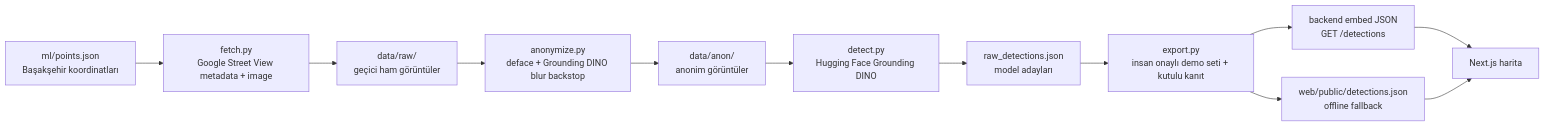
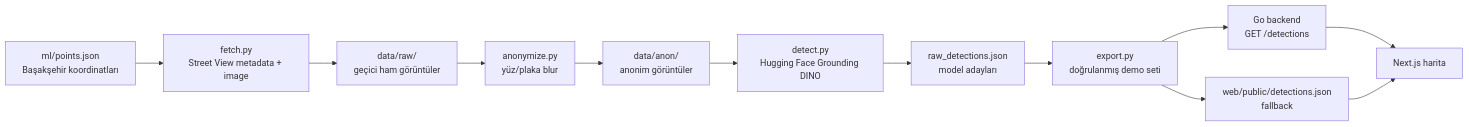
The diagram in README.md (BurhanCalik/CityLens), drawn with Mermaid before and after one commit. The commit also changed other lines of this file, not shown here.

````diff
--- a/README.md
+++ b/README.md
@@ -38,14 +55,14 @@
 ```mermaid
 flowchart LR
-  A["ml/points.json<br/>Başakşehir koordinatları"] --> B["fetch.py<br/>Google Street View metadata + image"]
+  A["ml/points.json<br/>Başakşehir koordinatları"] --> B["fetch.py<br/>Street View metadata + image"]
   B --> C["data/raw/<br/>geçici ham görüntüler"]
-  C --> D["anonymize.py<br/>deface + Grounding DINO blur backstop"]
+  C --> D["anonymize.py<br/>yüz/plaka blur"]
   D --> E["data/anon/<br/>anonim görüntüler"]
   E --> F["detect.py<br/>Hugging Face Grounding DINO"]
   F --> G["raw_detections.json<br/>model adayları"]
-  G --> H["export.py<br/>insan onaylı demo seti + kutulu kanıt"]
-  H --> I["backend embed JSON<br/>GET /detections"]
-  H --> J["web/public/detections.json<br/>offline fallback"]
+  G --> H["export.py<br/>doğrulanmış demo seti"]
+  H --> I["Go backend<br/>GET /detections"]
+  H --> J["web/public/detections.json<br/>fallback"]
   I --> K["Next.js harita"]
   J --> K
 ```
````
